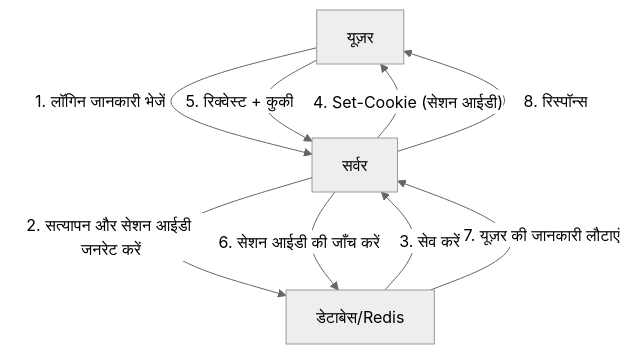
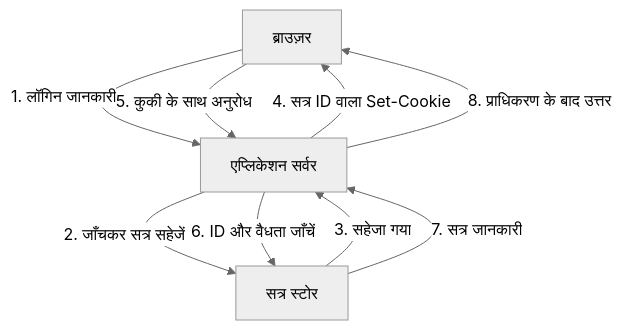
The first of 3 diagrams in content/post/jwt-json-web-token-security-risks/index.hi.md (kenjinote/blog), drawn with Mermaid (neutral theme) before and after one commit. The commit also changed other lines of this file and 7 other files, not shown here.

````diff
--- a/content/post/jwt-json-web-token-security-risks/index.hi.md
+++ b/content/post/jwt-json-web-token-security-risks/index.hi.md
@@ -19,11 +20,11 @@
 ```mermaid
 graph TD
-    A["यूज़र"] -- "1. लॉगिन जानकारी भेजें" --> B["सर्वर"]
-    B -- "2. सत्यापन और सेशन आईडी जनरेट करें" --> C["डेटाबेस/Redis"]
-    C -- "3. सेव करें" --> B
-    B -- "4. Set-Cookie (सेशन आईडी)" --> A
-    A -- "5. रिक्वेस्ट + कुकी" --> B
-    B -- "6. सेशन आईडी की जाँच करें" --> C
-    C -- "7. यूज़र की जानकारी लौटाएं" --> B
-    B -- "8. रिस्पॉन्स" --> A
+    A["ब्राउज़र"] -- "1. लॉगिन जानकारी" --> B["एप्लिकेशन सर्वर"]
+    B -- "2. जाँचकर सत्र सहेजें" --> C["सत्र स्टोर"]
+    C -- "3. सहेजा गया" --> B
+    B -- "4. सत्र ID वाला Set-Cookie" --> A
+    A -- "5. कुकी के साथ अनुरोध" --> B
+    B -- "6. ID और वैधता जाँचें" --> C
+    C -- "7. सत्र जानकारी" --> B
+    B -- "8. प्राधिकरण के बाद उत्तर" --> A
 ```
````
